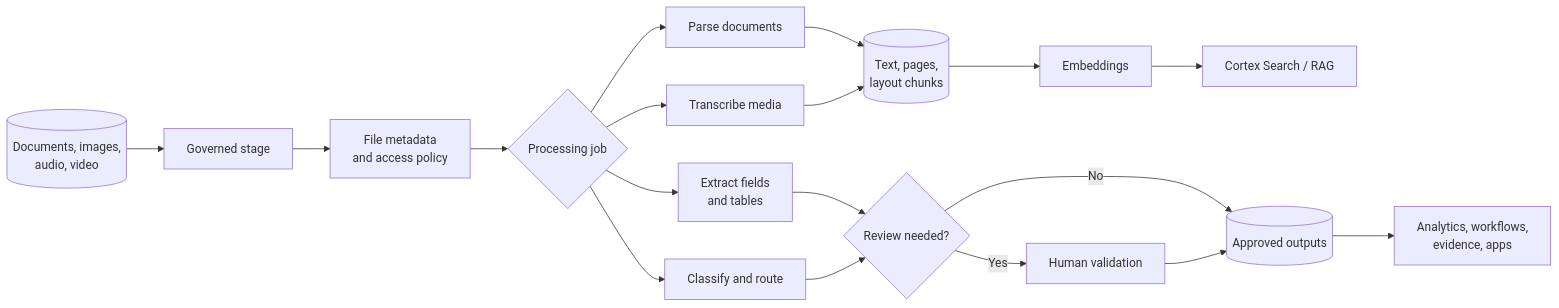
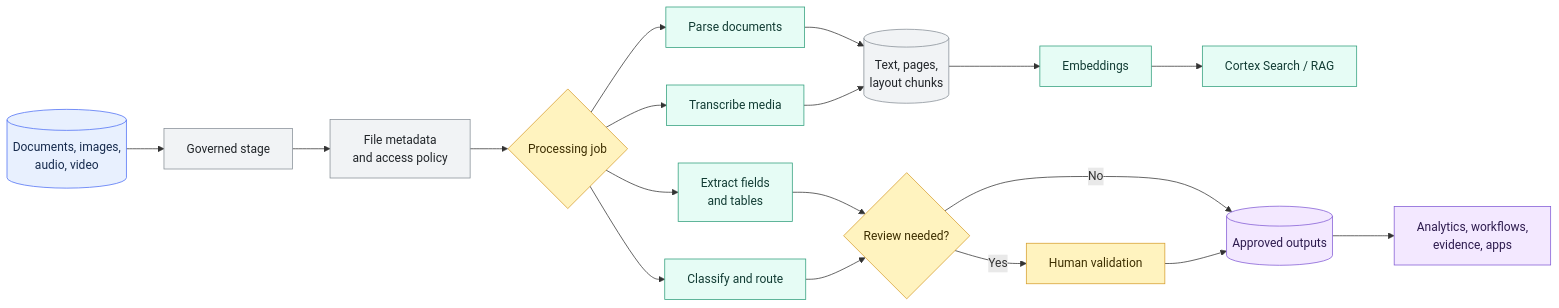
Before and after one commit to shonningsoy/Upskill: the diagram in 01 Snowflake/05 Advanced Analytics and AI/42 Document and Multimodal AI.md, drawn with Mermaid. The commit also changed other lines of this file and 12 other files, not shown here.

Commit message:
Improve Snowflake analytics and AI readability

````diff
--- a/01 Snowflake/05 Advanced Analytics and AI/42 Document and Multimodal AI.md
+++ b/01 Snowflake/05 Advanced Analytics and AI/42 Document and Multimodal AI.md
@@ -72,20 +75,31 @@
 ```mermaid
 flowchart LR
     FILES[(Documents, images,<br/>audio, video)] --> STAGE[Governed stage]
     STAGE --> META[File metadata<br/>and access policy]
     META --> ROUTE{Processing job}
     ROUTE --> PARSE[Parse documents]
     ROUTE --> EXTRACT[Extract fields<br/>and tables]
     ROUTE --> CLASSIFY[Classify and route]
     ROUTE --> TRANSCRIBE[Transcribe media]
     PARSE --> CHUNKS[(Text, pages,<br/>layout chunks)]
     TRANSCRIBE --> CHUNKS
     CHUNKS --> EMBED[Embeddings]
     EMBED --> SEARCH[Cortex Search / RAG]
     EXTRACT --> REVIEW{Review needed?}
     CLASSIFY --> REVIEW
     REVIEW -->|Yes| HUMAN[Human validation]
     REVIEW -->|No| APPROVED[(Approved outputs)]
     HUMAN --> APPROVED
     APPROVED --> ANALYTICS[Analytics, workflows,<br/>evidence, apps]
+
+    classDef input fill:#E8F0FE,stroke:#4C6EF5,color:#172B4D
+    classDef control fill:#FFF3BF,stroke:#D69E2E,color:#3D2E00
+    classDef snowflake fill:#E6FCF5,stroke:#2F9E7B,color:#123C34
+    classDef platform fill:#F1F3F5,stroke:#868E96,color:#212529
+    classDef output fill:#F3E8FF,stroke:#805AD5,color:#2D1B4E
+    class FILES input
+    class PARSE,EXTRACT,CLASSIFY,TRANSCRIBE,EMBED,SEARCH snowflake
+    class STAGE,META,CHUNKS platform
+    class ROUTE,REVIEW,HUMAN control
+    class APPROVED,ANALYTICS output
 ```
````
